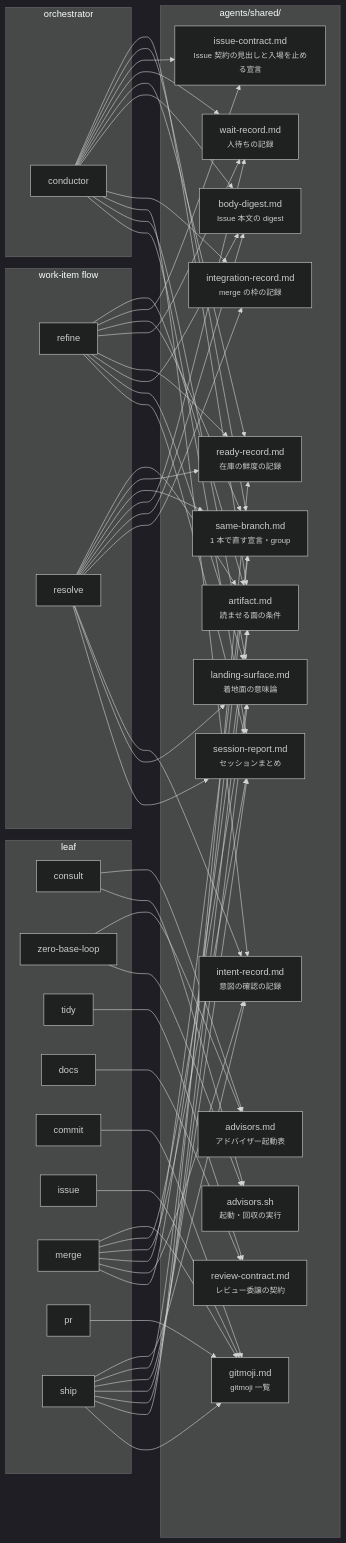
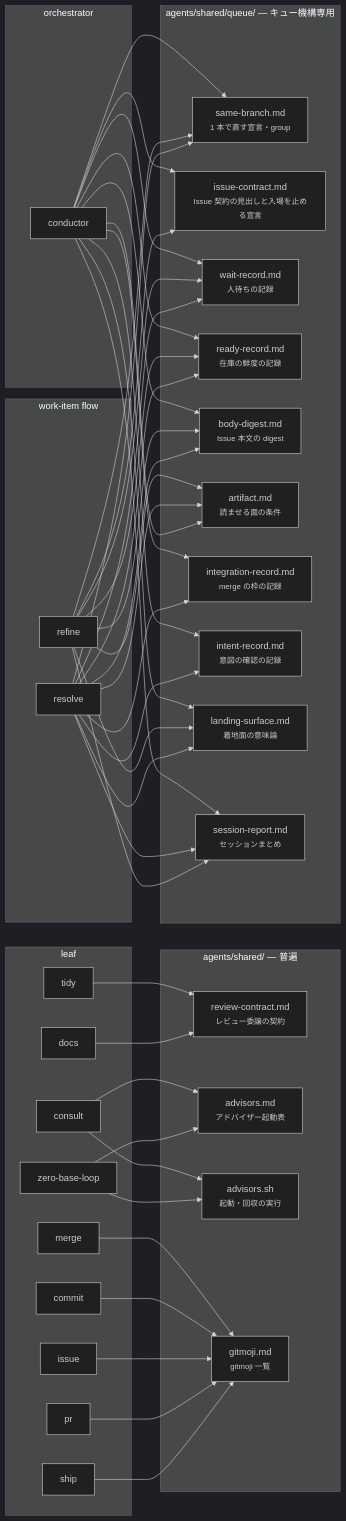
Before and after one commit to usagizmo/agentfiles: the second of 2 diagrams in agents/docs/structure.md, drawn with Mermaid (dark theme). The commit also changed 59 other files, not shown here.

```diff
--- a/agents/docs/structure.md
+++ b/agents/docs/structure.md
@@ -90,19 +90,21 @@
         PR[pr]
         SH[ship]
     end
-    subgraph shared["agents/shared/"]
+    subgraph shared["agents/shared/ — 普遍"]
+        RC["review-contract.md<br/><small>レビュー委譲の契約</small>"]
+        AD["advisors.md<br/><small>アドバイザー起動表</small>"]
+        AS["advisors.sh<br/><small>起動・回収の実行</small>"]
+        GM["gitmoji.md<br/><small>gitmoji 一覧</small>"]
+    end
+    subgraph sharedq["agents/shared/queue/ — キュー機構専用"]
         SB["same-branch.md<br/><small>1 本で直す宣言・group</small>"]
         IC["issue-contract.md<br/><small>Issue 契約の見出しと入場を止める宣言</small>"]
         WR["wait-record.md<br/><small>人待ちの記録</small>"]
         RR["ready-record.md<br/><small>在庫の鮮度の記録</small>"]
         BD["body-digest.md<br/><small>Issue 本文の digest</small>"]
-        RC["review-contract.md<br/><small>レビュー委譲の契約</small>"]
         AF["artifact.md<br/><small>読ませる面の条件</small>"]
         IR["integration-record.md<br/><small>merge の枠の記録</small>"]
         IT["intent-record.md<br/><small>意図の確認の記録</small>"]
-        AD["advisors.md<br/><small>アドバイザー起動表</small>"]
-        AS["advisors.sh<br/><small>起動・回収の実行</small>"]
-        GM["gitmoji.md<br/><small>gitmoji 一覧</small>"]
         LS["landing-surface.md<br/><small>着地面の意味論</small>"]
         SR["session-report.md<br/><small>セッションまとめ</small>"]
     end
@@ -129,22 +131,11 @@
     RS --> IR
     CO --> IT
     RS --> IT
-    SH --> IT
-    SH --> SB
     CO --> LS
     RF --> LS
     RS --> LS
-    ME --> LS
     CO --> SR
     RS --> SR
-    ME --> SR
-    SH --> SR
-    SH --> LS
-    SH --> AF
-    SH --> RR
-    ME --> SB
-    ME --> IT
-    ME --> AF
     RF --> SR
     CS --> AD
     CS --> AS
```
